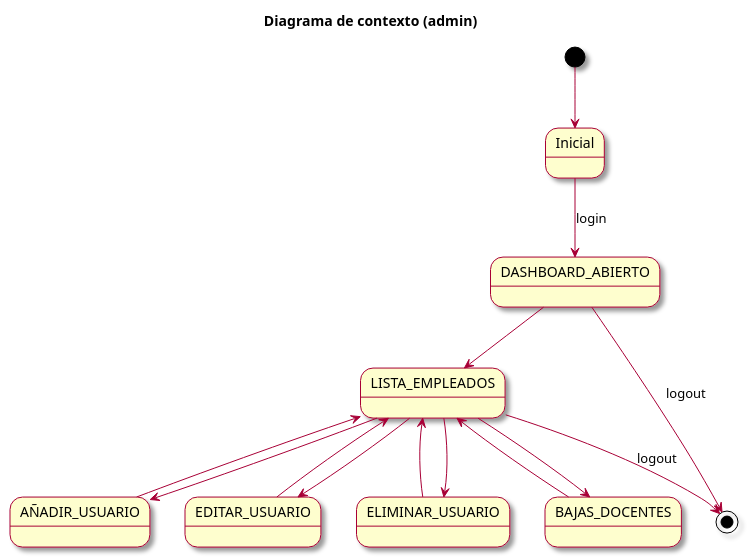
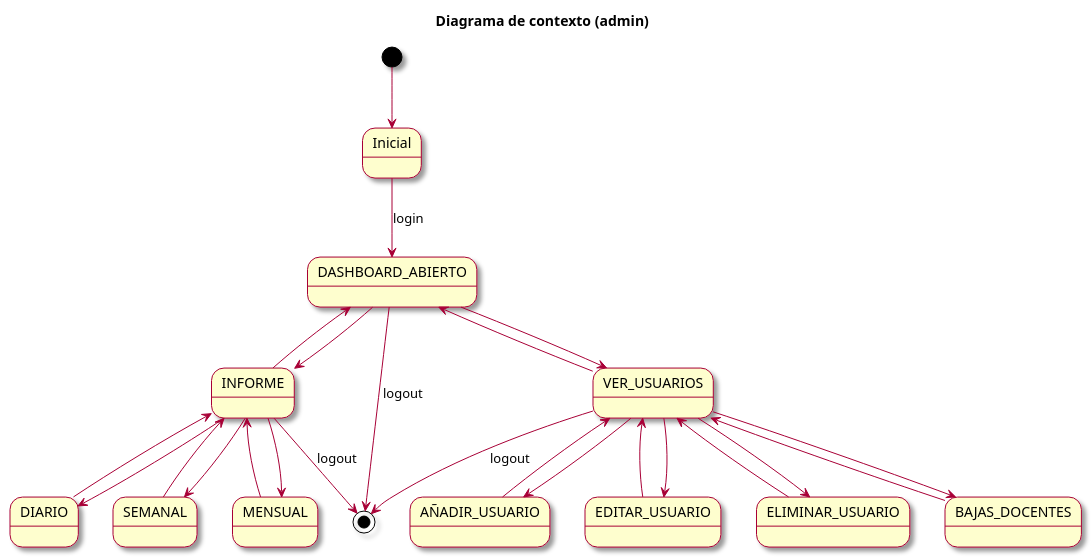
Before and after one commit to mmasias/23-24-IdSw1-SDR: the diagram in modelosUML/casosDeUso/diagramaContexto(admin).puml, drawn with PlantUML. The commit also changed 1 other file, not shown here.

Commit message:
Mejorando el diagrama de contexto de administrador

```diff
--- a/modelosUML/casosDeUso/diagramaContexto(admin).puml
+++ b/modelosUML/casosDeUso/diagramaContexto(admin).puml
@@ -1,27 +1,40 @@
 @startuml Diagrama Contexto (administrador)
 
 skin rose
 title Diagrama de contexto (admin)
 
 [*] -->  Inicial
 
 Inicial -d-> DASHBOARD_ABIERTO : login
 
-DASHBOARD_ABIERTO --> LISTA_EMPLEADOS
+DASHBOARD_ABIERTO --> VER_USUARIOS
+DASHBOARD_ABIERTO <-- VER_USUARIOS
 
-LISTA_EMPLEADOS <-- AÑADIR_USUARIO
-LISTA_EMPLEADOS <-- EDITAR_USUARIO
-LISTA_EMPLEADOS <-- ELIMINAR_USUARIO
-LISTA_EMPLEADOS <-- BAJAS_DOCENTES
+VER_USUARIOS <-- AÑADIR_USUARIO
+VER_USUARIOS <-- EDITAR_USUARIO
+VER_USUARIOS <-- ELIMINAR_USUARIO
+VER_USUARIOS <-- BAJAS_DOCENTES
 
-LISTA_EMPLEADOS --> AÑADIR_USUARIO
-LISTA_EMPLEADOS --> EDITAR_USUARIO
-LISTA_EMPLEADOS --> ELIMINAR_USUARIO
-LISTA_EMPLEADOS --> BAJAS_DOCENTES
+VER_USUARIOS --> AÑADIR_USUARIO
+VER_USUARIOS --> EDITAR_USUARIO
+VER_USUARIOS --> ELIMINAR_USUARIO
+VER_USUARIOS --> BAJAS_DOCENTES
+
+DASHBOARD_ABIERTO --> INFORME
+DASHBOARD_ABIERTO <-- INFORME
+
+INFORME --> DIARIO
+INFORME --> SEMANAL
+INFORME --> MENSUAL
+
+INFORME <-- DIARIO
+INFORME <-- SEMANAL
+INFORME <-- MENSUAL
 
 
 DASHBOARD_ABIERTO --> [*] : logout
-LISTA_EMPLEADOS --> [*] : logout
+VER_USUARIOS --> [*] : logout
+INFORME --> [*] : logout
 
 
 @enduml
```
